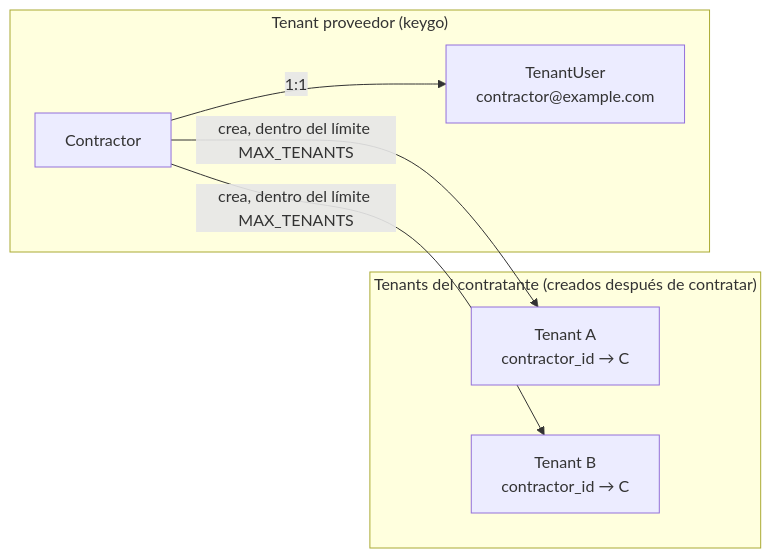
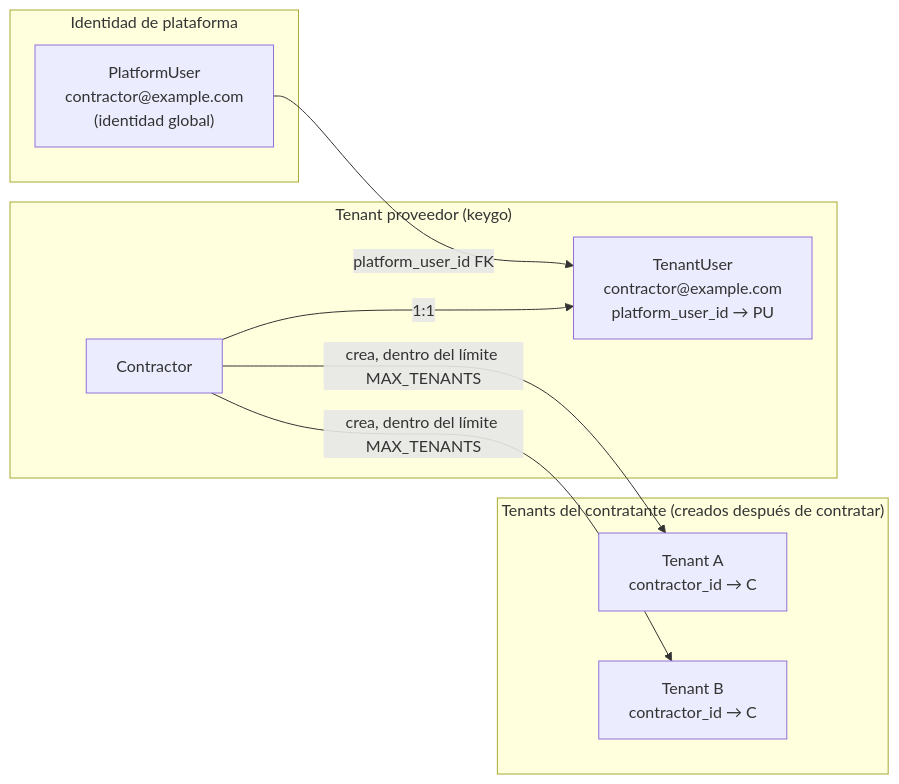
Before and after one commit to cmartinezs/keygo-web-ui: the second of 10 diagrams in docs/BILLING_FLOW.md, drawn with Mermaid. The commit also changed other lines of this file and 39 other files, not shown here.

````diff
--- a/docs/BILLING_FLOW.md
+++ b/docs/BILLING_FLOW.md
@@ -98,16 +123,21 @@
 ```mermaid
 graph LR
+    subgraph "Identidad de plataforma"
+        PU["PlatformUser\ncontractor@example.com\n(identidad global)"]
+    end
+
     subgraph "Tenant proveedor (keygo)"
-        TU["TenantUser\ncontractor@example.com"]
+        TU["TenantUser\ncontractor@example.com\nplatform_user_id → PU"]
         C["Contractor"]
     end
 
     subgraph "Tenants del contratante (creados después de contratar)"
         T1["Tenant A\ncontractor_id → C"]
         T2["Tenant B\ncontractor_id → C"]
     end
 
+    PU -- "platform_user_id FK" --> TU
     C -- "1:1" --> TU
     C -- "crea, dentro del límite MAX_TENANTS" --> T1
     C -- "crea, dentro del límite MAX_TENANTS" --> T2
 ```
````
